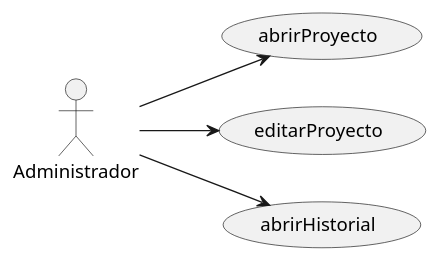
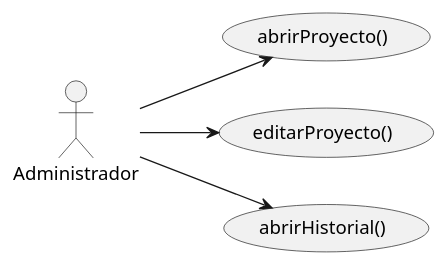
The diagram in modelosUML/01-actores-casos-uso/dimension-proyecto/actores-casos-uso.puml (Angelo2272/26-27-IdSw1-SDR), drawn with PlantUML before and after one commit. The commit also changed 1 other file, not shown here.

Commit message:
fix: agregar () como convencion en los casos de uso de proyecto

```diff
--- a/modelosUML/01-actores-casos-uso/dimension-proyecto/actores-casos-uso.puml
+++ b/modelosUML/01-actores-casos-uso/dimension-proyecto/actores-casos-uso.puml
@@ -1,13 +1,13 @@
 @startuml
 left to right direction
 
 actor Administrador as admin
 
-usecase "abrirProyecto" as UC1
-usecase "editarProyecto" as UC2
-usecase "abrirHistorial" as UC3
+usecase "abrirProyecto()" as UC1
+usecase "editarProyecto()" as UC2
+usecase "abrirHistorial()" as UC3
 
 admin --> UC1
 admin --> UC2
 admin --> UC3
 @enduml
```
